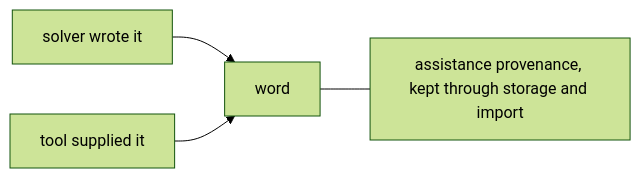
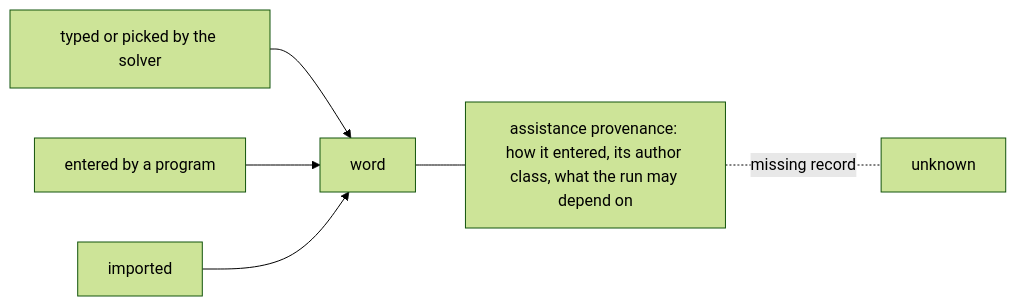
Before and after one commit to KonomiYuzu01/Magic-600-Cell: the diagram in docs/progress/1.0/glossary/diagrams/assistance-provenance.mmd, drawn with Mermaid (forest theme). The commit also changed 78 other files, not shown here.

```diff
--- a/docs/progress/1.0/glossary/diagrams/assistance-provenance.mmd
+++ b/docs/progress/1.0/glossary/diagrams/assistance-provenance.mmd
@@ -1,4 +1,6 @@
 flowchart LR
-  S[solver wrote it] --> W[word]
-  T[tool supplied it] --> W
-  W --- P[assistance provenance, kept through storage and import]
+  S[typed or picked by the solver] --> W[word]
+  P[entered by a program] --> W
+  I[imported] --> W
+  W --- R["assistance provenance: how it entered, its author class, what the run may depend on"]
+  R -. missing record .- U[unknown]
```
